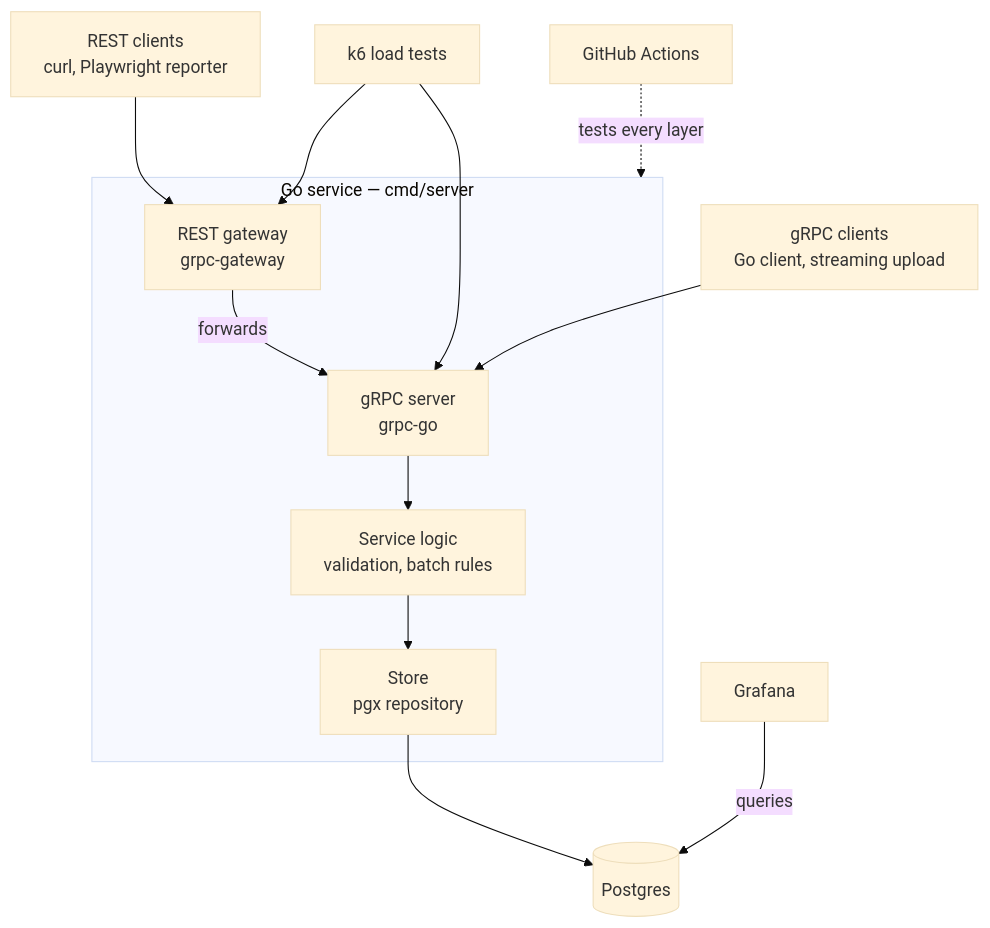
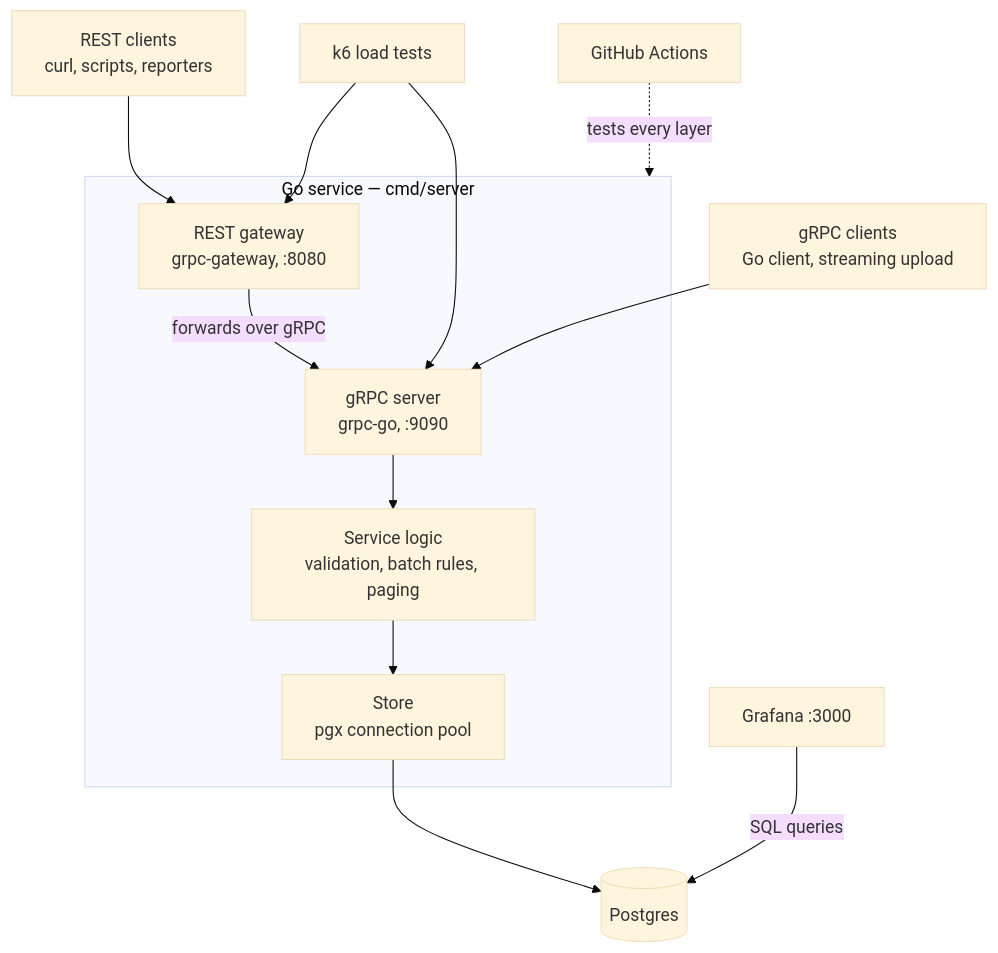
The first of 2 diagrams in README.md (adamsjoe/results-service), drawn with Mermaid (base theme) before and after one commit. The commit also changed other lines of this file and 4 other files, not shown here.

````diff
--- a/README.md
+++ b/README.md
@@ -80,17 +200,17 @@
 ```mermaid
 flowchart TD
-    REST[REST clients<br/>curl, Playwright reporter] --> GW
+    REST[REST clients<br/>curl, scripts, reporters] --> GW
     K6[k6 load tests] --> GW
     K6 --> GRPC
     GC[gRPC clients<br/>Go client, streaming upload] --> GRPC
 
     subgraph SVC[Go service — cmd/server]
-        GW[REST gateway<br/>grpc-gateway] -->|forwards| GRPC[gRPC server<br/>grpc-go]
-        GRPC --> LOGIC[Service logic<br/>validation, batch rules]
-        LOGIC --> STORE[Store<br/>pgx repository]
+        GW[REST gateway<br/>grpc-gateway, :8080] -->|forwards over gRPC| GRPC[gRPC server<br/>grpc-go, :9090]
+        GRPC --> LOGIC[Service logic<br/>validation, batch rules, paging]
+        LOGIC --> STORE[Store<br/>pgx connection pool]
     end
 
     STORE --> PG[(Postgres)]
-    GRAF[Grafana] -->|queries| PG
+    GRAF[Grafana :3000] -->|SQL queries| PG
     CI[GitHub Actions] -.->|tests every layer| SVC
 ```
````
